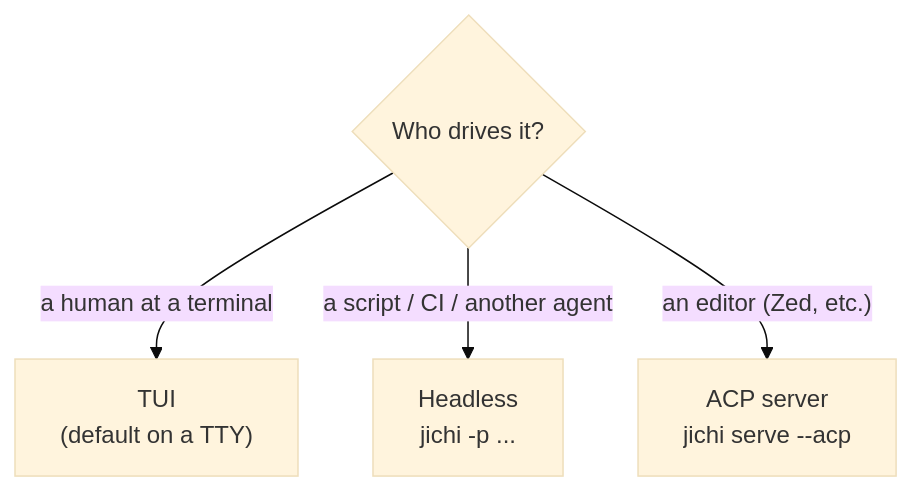
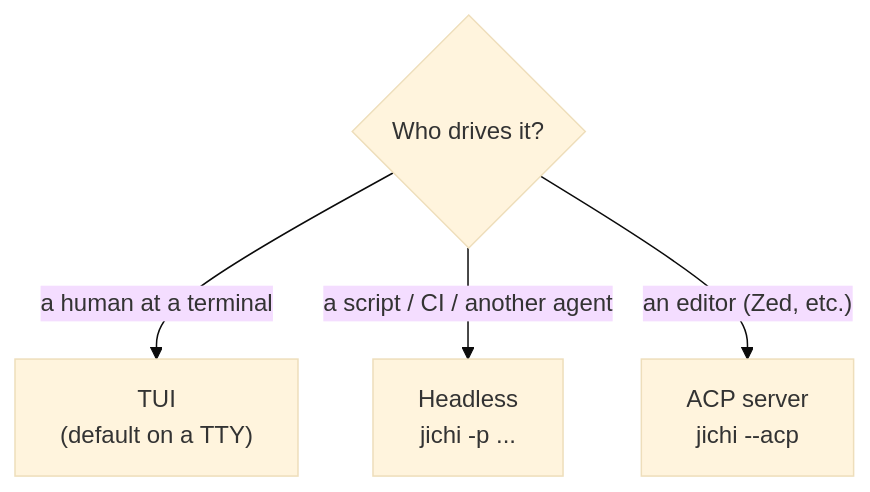
Before and after one commit to alexanderlarsdallmann/jichi: the first of 2 diagrams in docs/DEPLOYMENT.md, drawn with Mermaid (base theme). The commit also changed other lines of this file and 983 other files, not shown here.

````diff
--- a/docs/DEPLOYMENT.md
+++ b/docs/DEPLOYMENT.md
@@ -19,7 +19,7 @@
 ```mermaid
 flowchart TD
   Q{"Who drives it?"}
   Q -->|"a human at a terminal"| TUI["TUI<br/>(default on a TTY)"]
   Q -->|"a script / CI / another agent"| HL["Headless<br/>jichi -p ..."]
-  Q -->|"an editor (Zed, etc.)"| ACP["ACP server<br/>jichi serve --acp"]
+  Q -->|"an editor (Zed, etc.)"| ACP["ACP server<br/>jichi --acp"]
 ```
````
